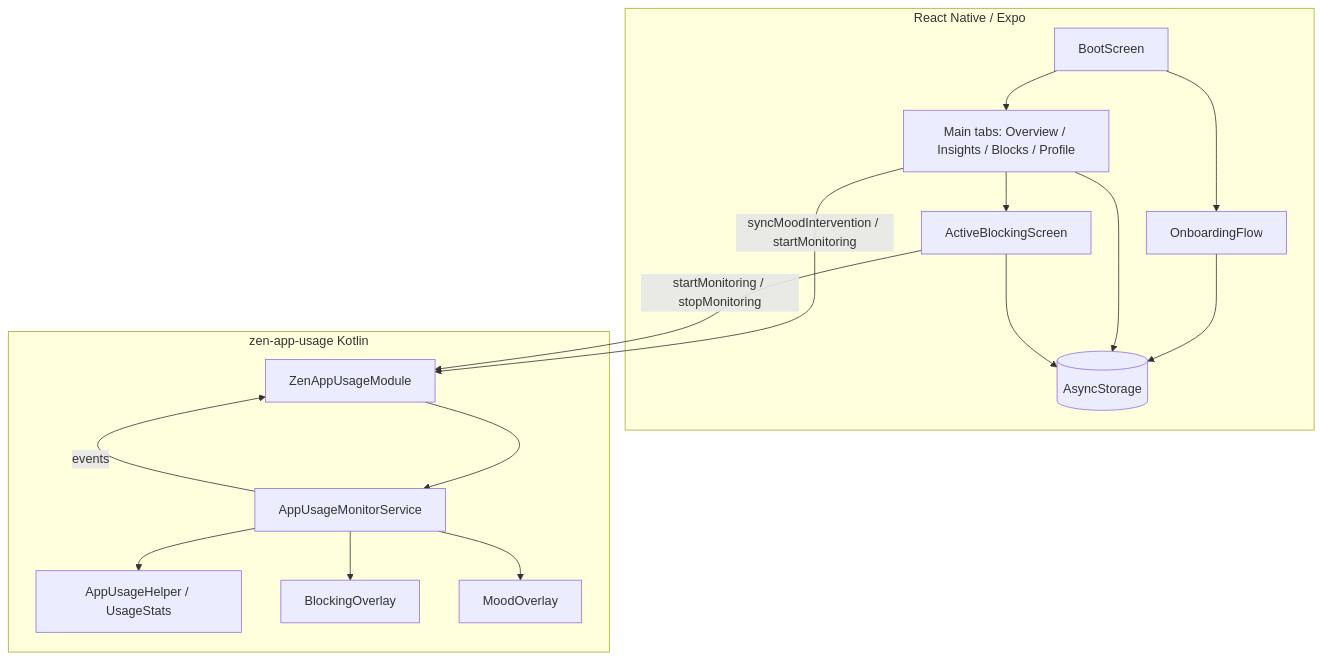
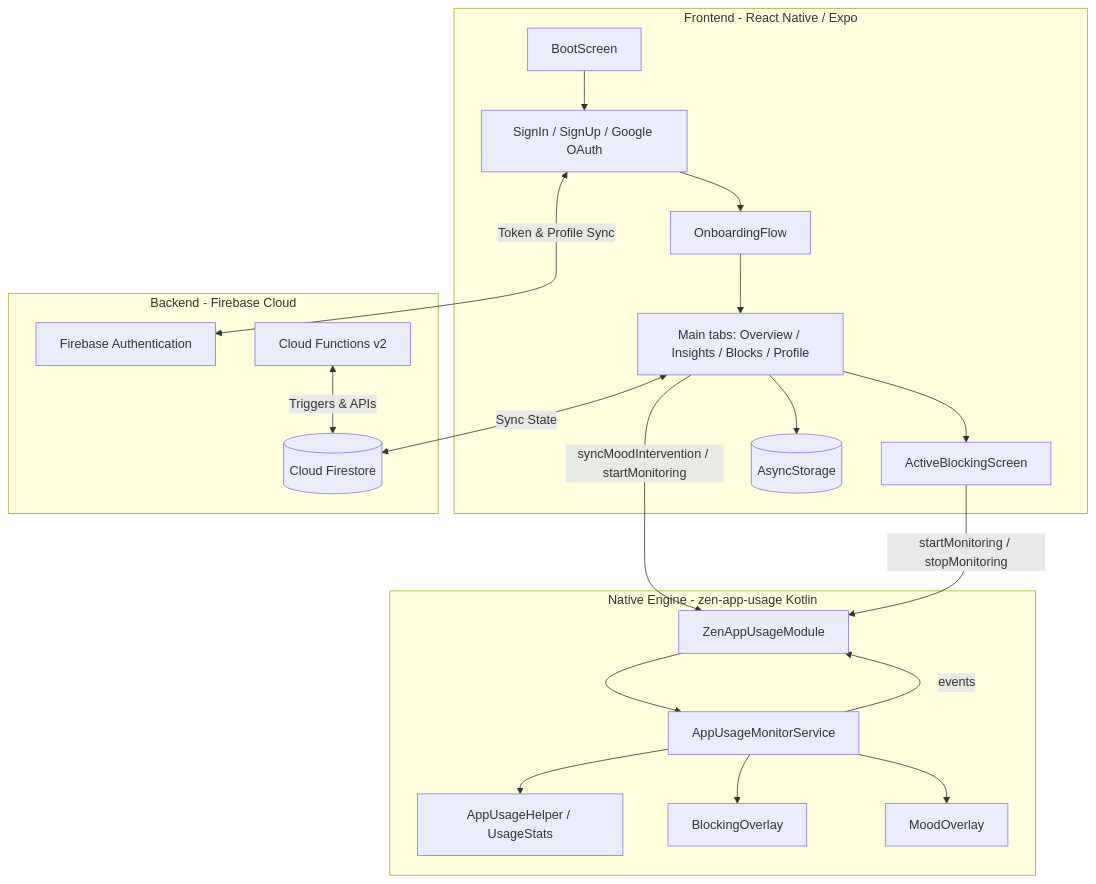
The diagram in README.md (adshaya30/Zen-Sweep), drawn with Mermaid before and after one commit. The commit also changed other lines of this file and 248 other files, not shown here.

Commit message:
feat: add Firebase auth, Google sign-in, backend setup

````diff
--- a/README.md
+++ b/README.md
@@ -57,32 +80,44 @@
 ```mermaid
 flowchart TB
-  subgraph ui [React Native / Expo]
+  subgraph frontend [Frontend - React Native / Expo]
     Boot[BootScreen]
+    Auth[SignIn / SignUp / Google OAuth]
     Onboard[OnboardingFlow]
     Tabs[Main tabs: Overview / Insights / Blocks / Profile]
     Active[ActiveBlockingScreen]
-    Storage[(AsyncStorage)]
-    Boot --> Onboard
-    Boot --> Tabs
+    LocalStore[(AsyncStorage)]
+    
+    Boot --> Auth
+    Auth --> Onboard
+    Onboard --> Tabs
     Tabs --> Active
-    Onboard --> Storage
-    Tabs --> Storage
-    Active --> Storage
+    Tabs --> LocalStore
   end
 
-  subgraph native [zen-app-usage Kotlin]
+  subgraph backend [Backend - Firebase Cloud]
+    FirebaseAuth[Firebase Authentication]
+    Firestore[(Cloud Firestore)]
+    Functions[Cloud Functions v2]
+    
+    Auth <-->|Token & Profile Sync| FirebaseAuth
+    Tabs <-->|Sync State| Firestore
+    Functions <-->|Triggers & APIs| Firestore
+  end
+
+  subgraph native [Native Engine - zen-app-usage Kotlin]
     Module[ZenAppUsageModule]
     Svc[AppUsageMonitorService]
     Helper[AppUsageHelper / UsageStats]
     TimerUI[BlockingOverlay]
     MoodUI[MoodOverlay]
+    
     Module --> Svc
     Svc --> Helper
     Svc --> TimerUI
     Svc --> MoodUI
   end
 
   Tabs -->|syncMoodIntervention / startMonitoring| Module
   Active -->|startMonitoring / stopMonitoring| Module
   Svc -->|events| Module
 ```
````
